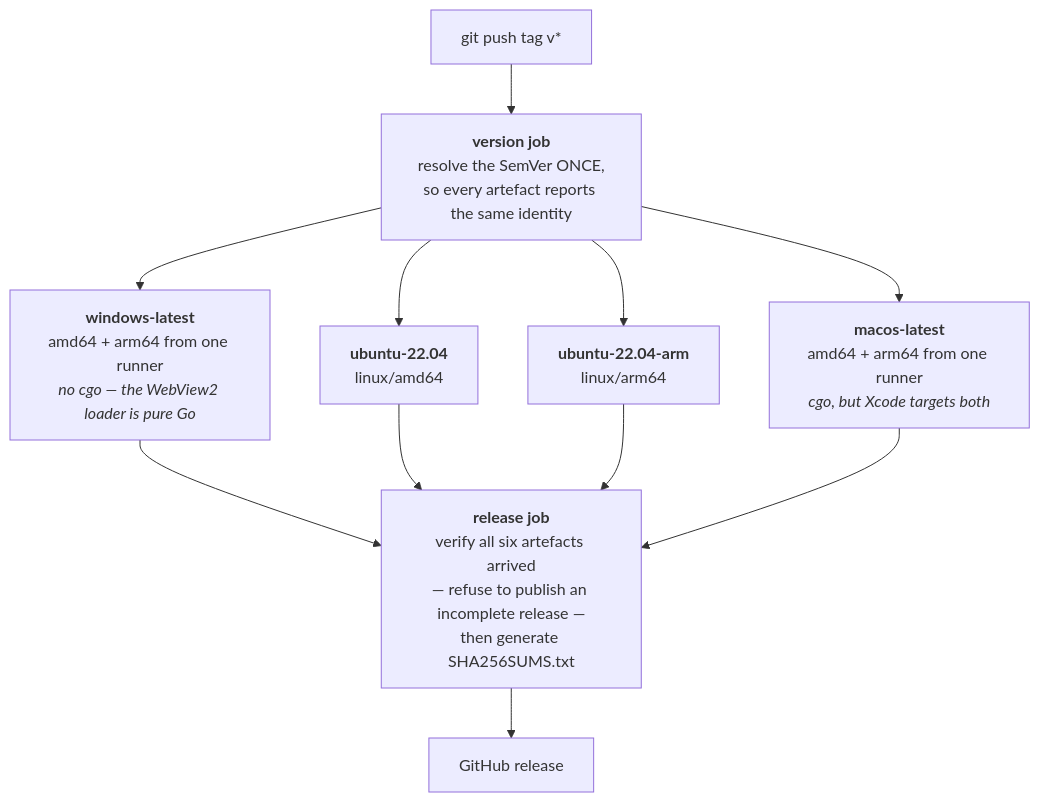
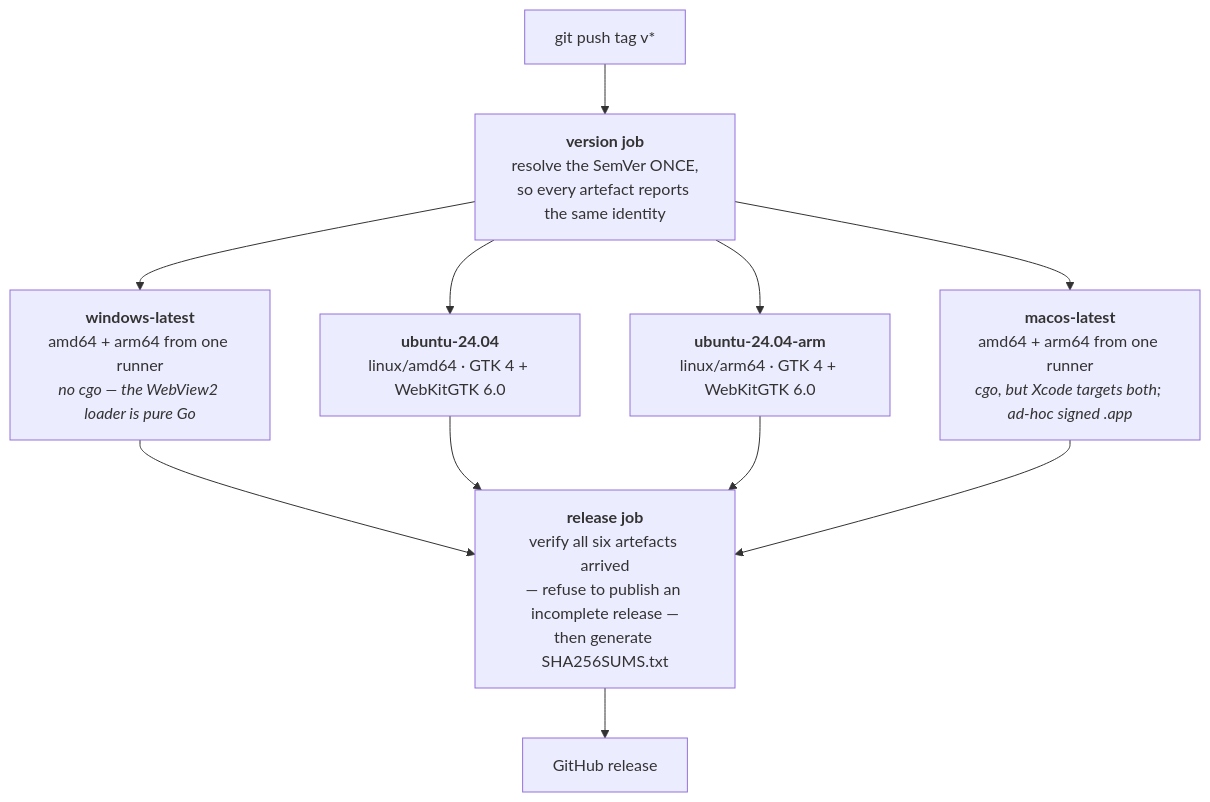
One commit to aoiflux/rohy changed diagram 22 of 22 in LLD.md. Above: the diagram before and after it, drawn with Mermaid. The commit also changed other lines of this file and 5 other files, not shown here.

````diff
--- a/LLD.md
+++ b/LLD.md
@@ -2909,14 +2959,14 @@
 ```mermaid
 flowchart TD
     tag["git push tag v*"] --> ver["<b>version job</b><br/>resolve the SemVer ONCE,<br/>so every artefact reports the same identity"]
 
     ver --> win["<b>windows-latest</b><br/>amd64 + arm64 from one runner<br/><i>no cgo — the WebView2 loader is pure Go</i>"]
-    ver --> lin1["<b>ubuntu-22.04</b><br/>linux/amd64"]
-    ver --> lin2["<b>ubuntu-22.04-arm</b><br/>linux/arm64"]
-    ver --> mac["<b>macos-latest</b><br/>amd64 + arm64 from one runner<br/><i>cgo, but Xcode targets both</i>"]
+    ver --> lin1["<b>ubuntu-24.04</b><br/>linux/amd64 · GTK 4 + WebKitGTK 6.0"]
+    ver --> lin2["<b>ubuntu-24.04-arm</b><br/>linux/arm64 · GTK 4 + WebKitGTK 6.0"]
+    ver --> mac["<b>macos-latest</b><br/>amd64 + arm64 from one runner<br/><i>cgo, but Xcode targets both; ad-hoc signed .app</i>"]
 
     win --> gate; lin1 --> gate; lin2 --> gate; mac --> gate
 
     gate["<b>release job</b><br/>verify all six artefacts arrived<br/>— refuse to publish an incomplete release —<br/>then generate SHA256SUMS.txt"]
     gate --> pub["GitHub release"]
 ```
````
